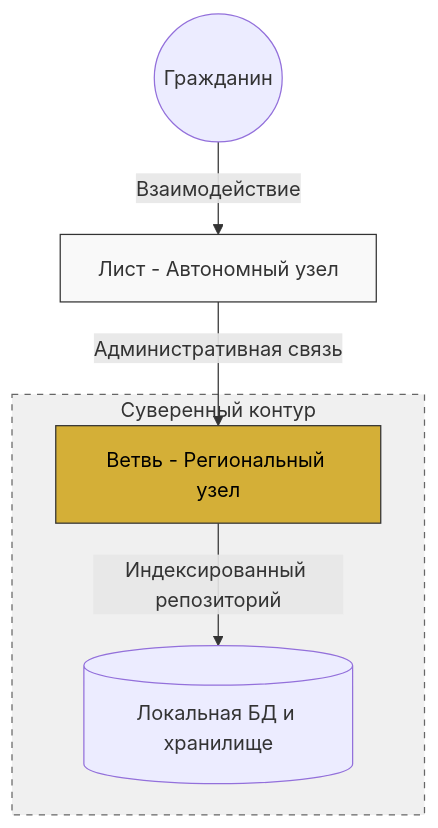
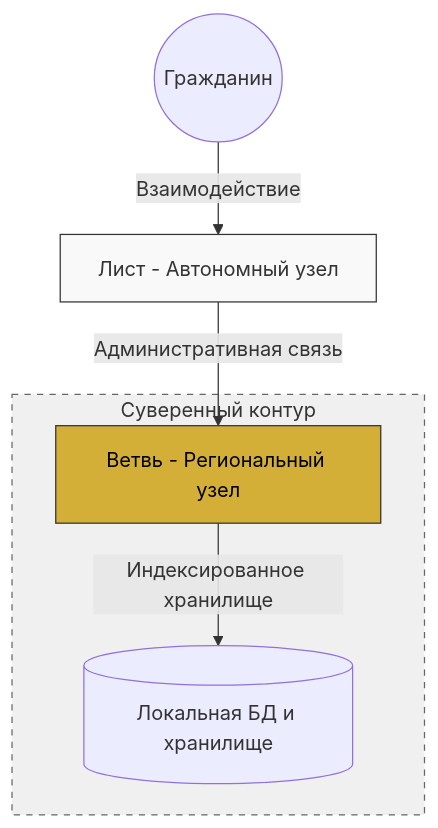
Before and after one commit to Data-Independence-Network/presentations: the third of 51 diagrams in shared_docs/Технический документ платформы Турбаза.md, drawn with Mermaid. The commit also changed other lines of this file and 8 other files, not shown here.

````diff
--- a/shared_docs/Технический документ платформы Турбаза.md
+++ b/shared_docs/Технический документ платформы Турбаза.md
@@ -74,15 +74,15 @@
 ```mermaid
 graph TD
     User((Гражданин)) -- Взаимодействие --> Leaf[Лист - Автономный узел]
     Leaf -- Административная связь --> Branch[Ветвь - Региональный узел]
-    Branch -- Индексированный репозиторий --> DB[(Локальная БД и хранилище)]
+    Branch -- Индексированное хранилище --> DB[(Локальная БД и хранилище)]
     
     subgraph Sovereign_Domain [Суверенный контур]
         Branch
         DB
     end
 
     style Leaf fill:#f9f9f9,stroke:#333
     style Branch fill:#D4AF37,stroke:#333,color:#000
     style Sovereign_Domain fill:#f0f0f0,stroke:#666,stroke-dasharray: 5 5
 ```
````
